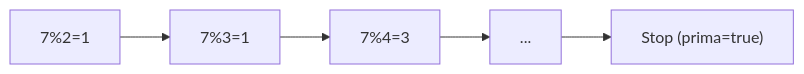
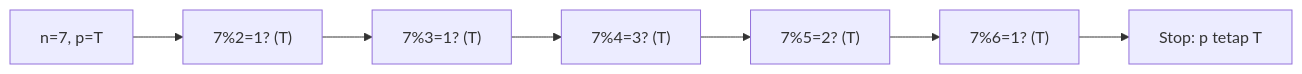
The second of 10 diagrams in part-c-pemahaman-cpp/03-perulangan/latihan/set-05.md (amnahwaida/OSNK_INF_PREP), drawn with Mermaid before and after one commit. The commit also changed other lines of this file and 30 other files, not shown here.

Commit message:
✨ Premium Overhaul: Modul 05 (Rekursi) & 06 (Bitwise) - 100 soal baru dengan Mermaid Call Stack & Bit-Grid diagrams

````diff
--- a/part-c-pemahaman-cpp/03-perulangan/latihan/set-05.md
+++ b/part-c-pemahaman-cpp/03-perulangan/latihan/set-05.md
@@ -64,5 +66,6 @@
 ```mermaid
 graph LR
-A["7%2=1"] --> B["7%3=1"] --> C["7%4=3"]
-C --> D["..."] --> E["Stop (prima=true)"]
+Start["n=7, p=T"] --> C2["7%2=1? (T)"] --> C3["7%3=1? (T)"]
+C3 --> C4["7%4=3? (T)"] --> C5["7%5=2? (T)"]
+C5 --> C6["7%6=1? (T)"] --> End["Stop: p tetap T"]
 ```
````
